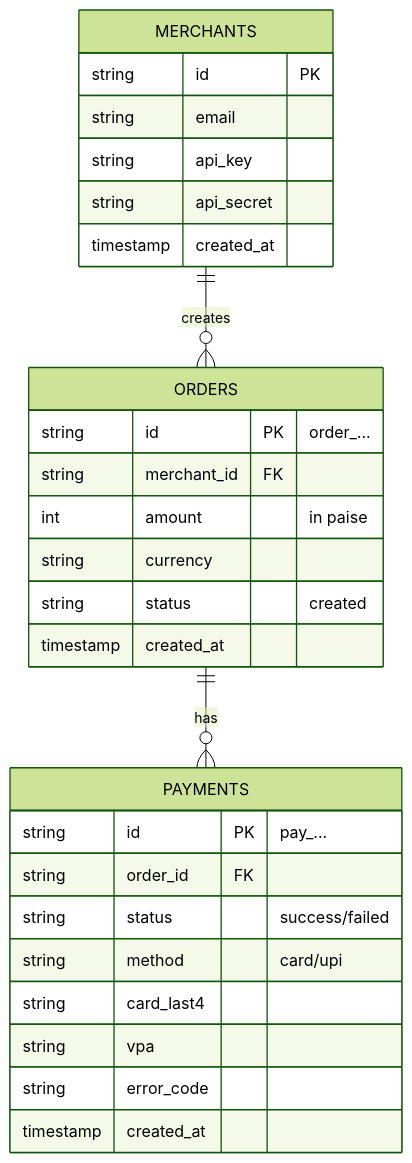
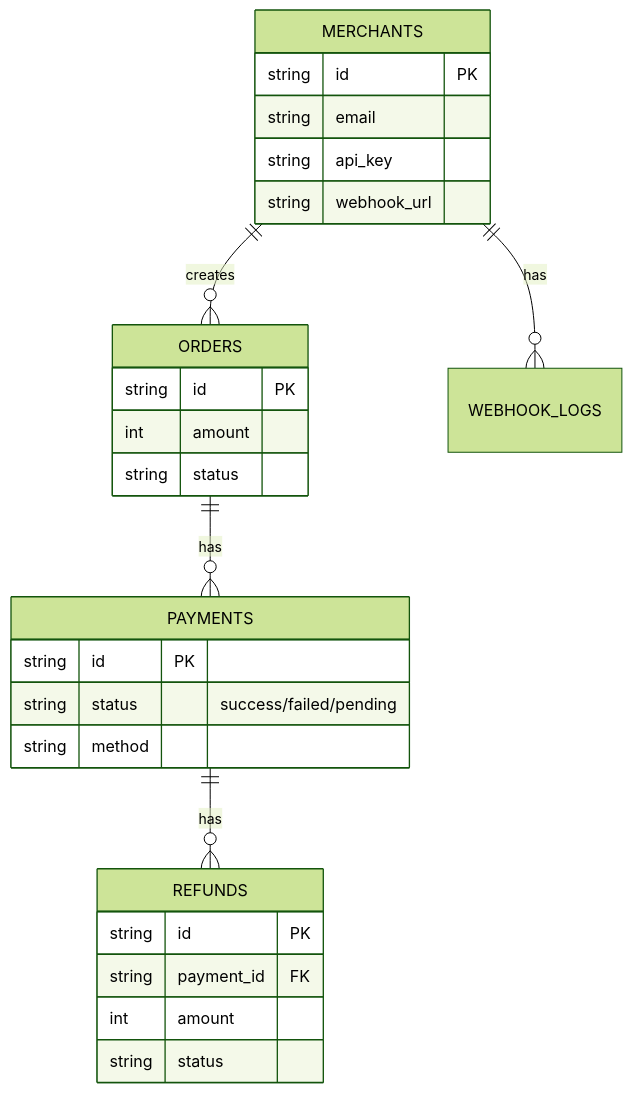
The second of 2 diagrams in README.md (MouliSaiDeep/Production-ready-payment-gateway), drawn with Mermaid (forest theme) before and after one commit. The commit also changed other lines of this file and 39 other files, not shown here.

````diff
--- a/README.md
+++ b/README.md
@@ -204,33 +206,33 @@
 ```mermaid
 erDiagram
     MERCHANTS ||--o{ ORDERS : creates
     ORDERS ||--o{ PAYMENTS : has
+    PAYMENTS ||--o{ REFUNDS : has
+    MERCHANTS ||--o{ WEBHOOK_LOGS : has
 
     MERCHANTS {
         string id PK
         string email
         string api_key
-        string api_secret
-        timestamp created_at
+        string webhook_url
     }
 
     ORDERS {
-        string id PK "order_..."
-        string merchant_id FK
-        int amount "in paise"
-        string currency
-        string status "created"
-        timestamp created_at
+        string id PK
+        int amount
+        string status
     }
 
     PAYMENTS {
-        string id PK "pay_..."
-        string order_id FK
-        string status "success/failed"
-        string method "card/upi"
-        string card_last4
-        string vpa
-        string error_code
-        timestamp created_at
+        string id PK
+        string status "success/failed/pending"
+        string method
+    }
+
+    REFUNDS {
+        string id PK
+        string payment_id FK
+        int amount
+        string status
     }
 ```
````
